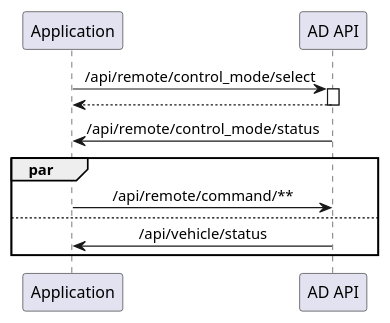
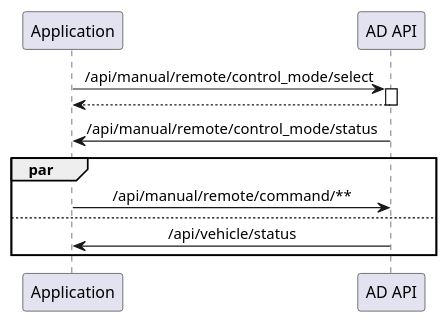
The diagram in docs/design/autoware-interfaces/ad-api/use-cases/manual-control/sequence.plantuml (autowarefoundation/autoware-documentation), drawn with PlantUML before and after one commit. The commit also changed 29 other files, not shown here.

Commit message:
fix(ad-api): fix namespace of manual control (#657)

```diff
--- a/docs/design/autoware-interfaces/ad-api/use-cases/manual-control/sequence.plantuml
+++ b/docs/design/autoware-interfaces/ad-api/use-cases/manual-control/sequence.plantuml
@@ -1,17 +1,17 @@
 @startuml
 
 skinparam SequenceMessageAlign center
 participant "Application" as app
 participant "AD API" as adapi
 
-app -> adapi ++: /api/remote/control_mode/select
+app -> adapi ++: /api/manual/remote/control_mode/select
 return
-adapi -> app: /api/remote/control_mode/status
+adapi -> app: /api/manual/remote/control_mode/status
 
 par
-  app -> adapi: /api/remote/command/**
+  app -> adapi: /api/manual/remote/command/**
 else
   adapi -> app: /api/vehicle/status
 end
 
 @enduml
```
